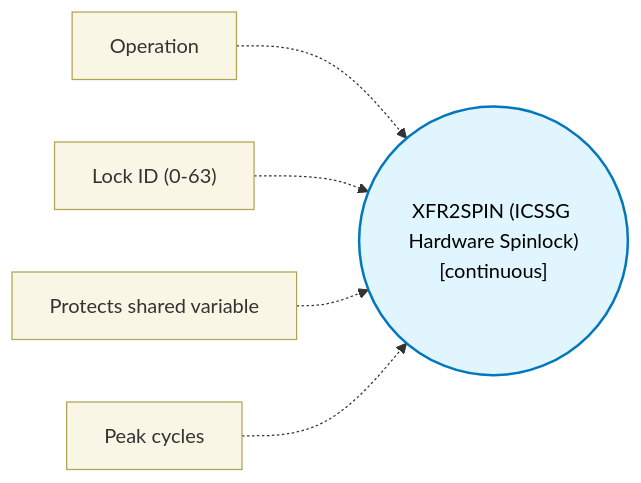
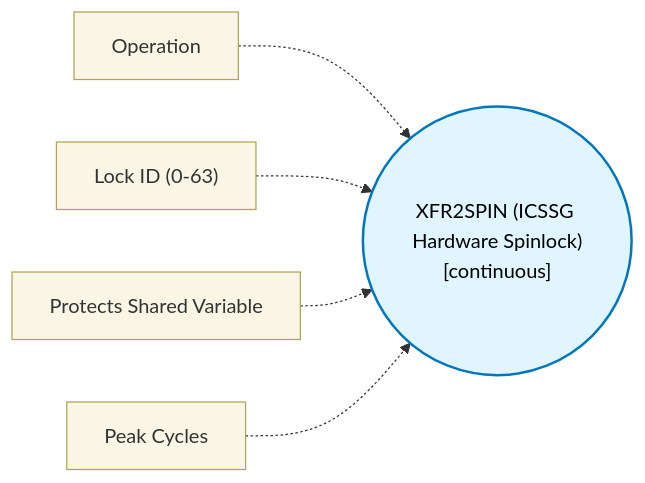
One commit to TexasInstruments/pru-no-code-tool changed the diagram in docs/block-reference/blocks/xfr2spin_block/design.md. Above: the diagram before and after it, drawn with Mermaid. The commit also changed other lines of this file and 89 other files, not shown here.

````diff
--- a/docs/block-reference/blocks/xfr2spin_block/design.md
+++ b/docs/block-reference/blocks/xfr2spin_block/design.md
@@ -11,10 +11,10 @@
 ```mermaid
 flowchart LR
   classDef config fill:#f9f6e5,stroke:#b1a457,stroke-width:1px,color:#333;
   classDef core fill:#e1f5fe,stroke:#0277bd,stroke-width:2px,color:#000;
   CORE(("XFR2SPIN (ICSSG Hardware Spinlock)\n[continuous]")):::core
   CFG0["Operation"]:::config -.-> CORE
   CFG1["Lock ID (0-63)"]:::config -.-> CORE
-  CFG2["Protects shared variable"]:::config -.-> CORE
-  CFG3["Peak cycles"]:::config -.-> CORE
+  CFG2["Protects Shared Variable"]:::config -.-> CORE
+  CFG3["Peak Cycles"]:::config -.-> CORE
 ```
````
